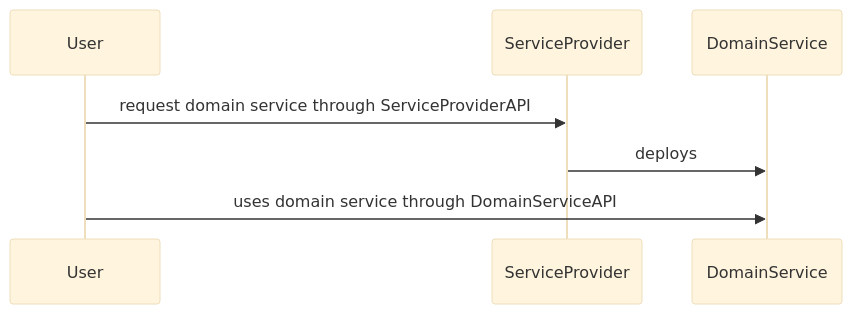
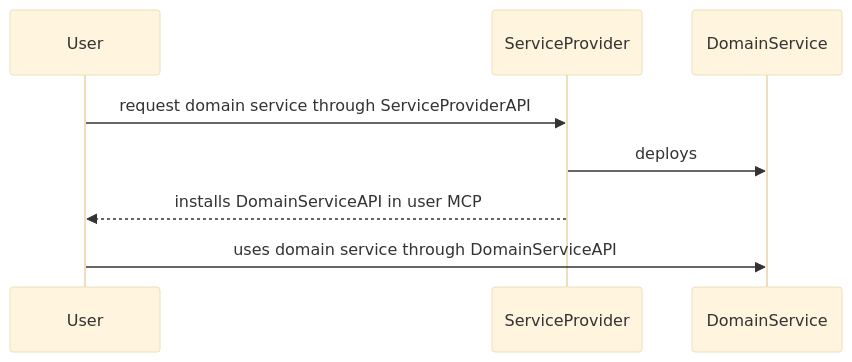
One commit to openmcp-project/docs changed the second of 8 diagrams in docs/about/design/service-provider-design.md. Above: the diagram before and after it, drawn with Mermaid (base theme).

Commit message:
docs(serviceprovider): wip
On-behalf-of: @SAP christopher.junk@sap.com

````diff
--- a/docs/about/design/service-provider-design.md
+++ b/docs/about/design/service-provider-design.md
@@ -57,12 +57,13 @@
 ```mermaid
 sequenceDiagram
     %% participants
     participant usr as User
     participant sp as ServiceProvider
     participant ds as DomainService
 
     %% messages
     usr->>sp: request domain service through ServiceProviderAPI
     sp->>ds: deploys
+    sp-->>usr: installs DomainServiceAPI in user MCP
     usr->>ds: uses domain service through DomainServiceAPI
 ```
````
